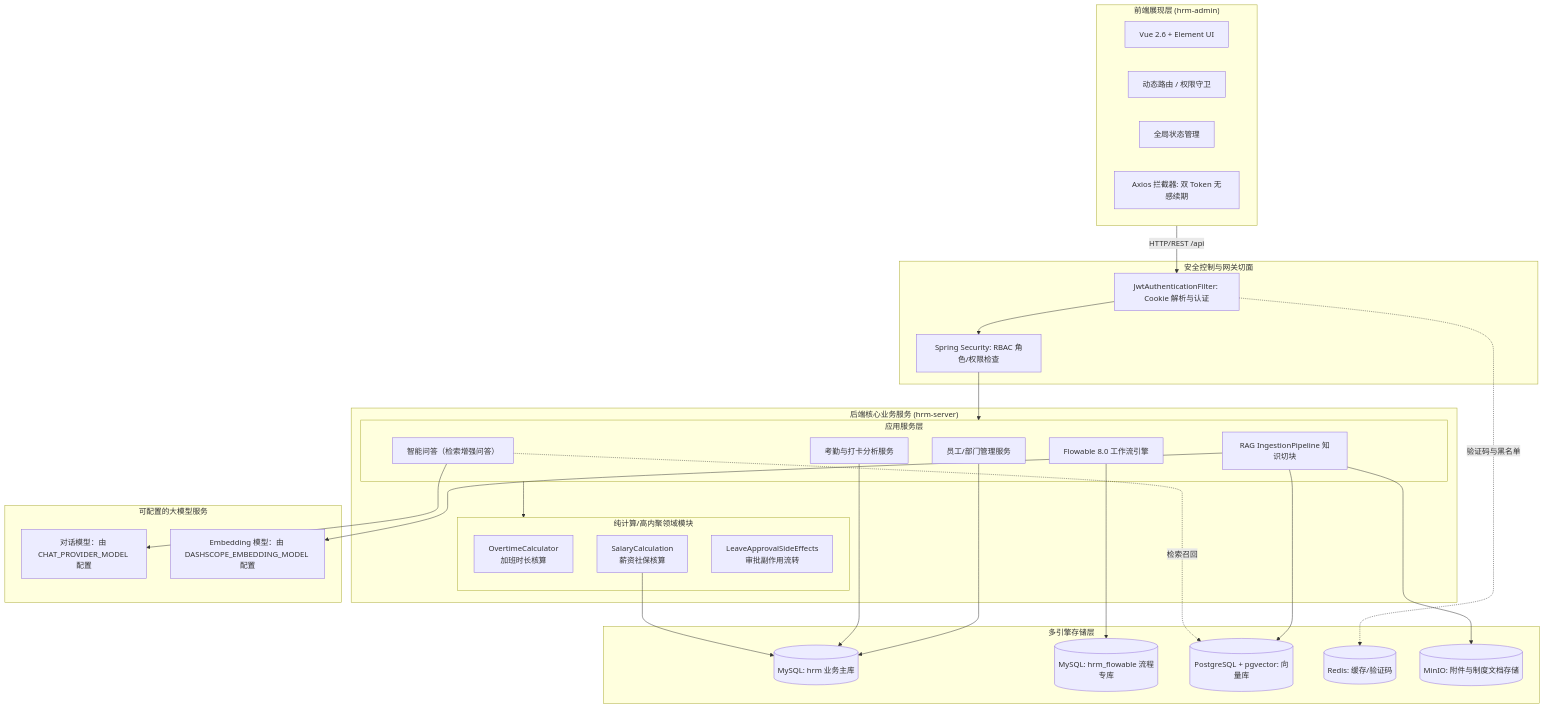
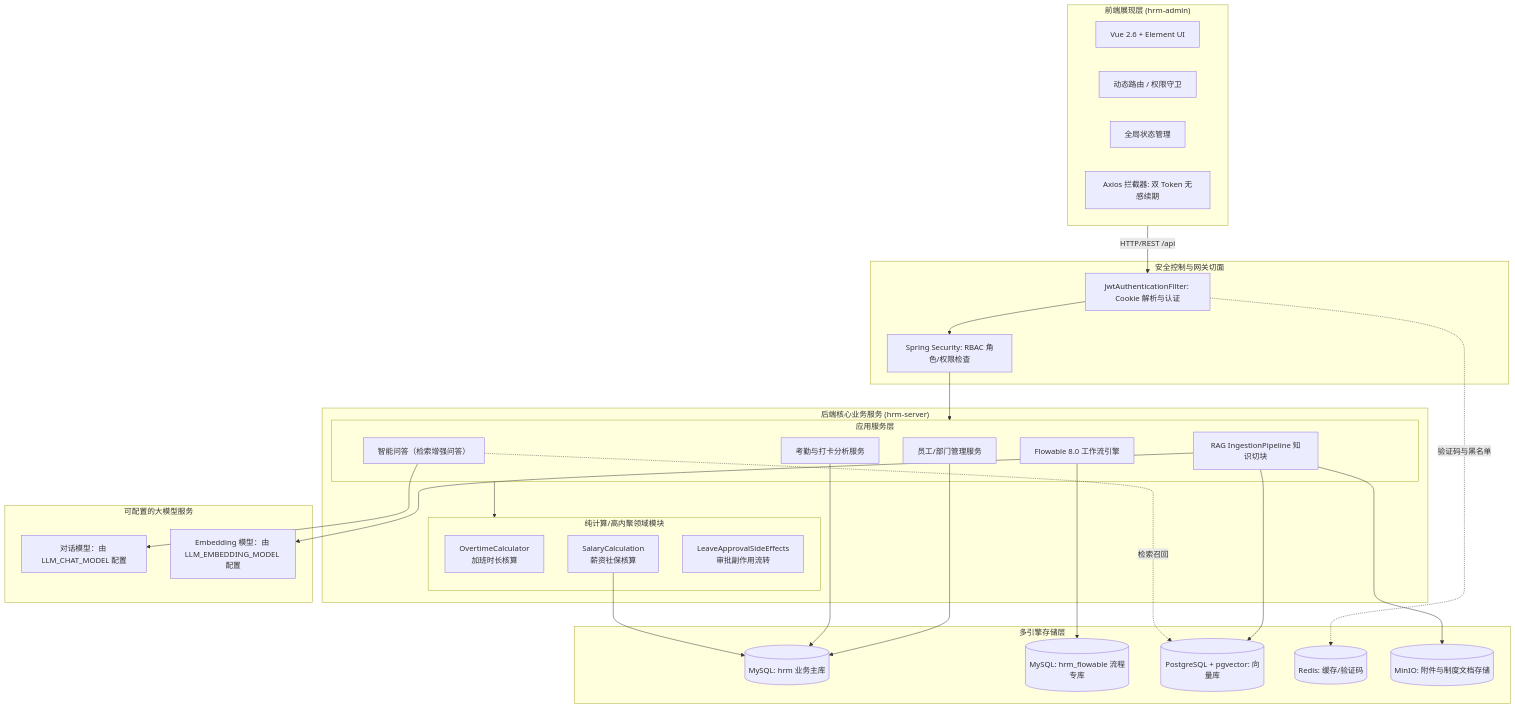
The second of 2 diagrams in data/readmes/quuuuj__hrm.md (zqf20096327/dbhub_collect), drawn with Mermaid before and after one commit. The commit also changed other lines of this file and 1757 other files, not shown here.

````diff
--- a/data/readmes/quuuuj__hrm.md
+++ b/data/readmes/quuuuj__hrm.md
@@ -141,62 +141,62 @@
 ```mermaid
 graph TB
     subgraph Client["前端展现层 (hrm-admin)"]
         UI[Vue 2.6 + Element UI]
         Router[动态路由 / 权限守卫]
         Vuex[全局状态管理]
         AxiosInter[Axios 拦截器: 双 Token 无感续期]
     end
 
     subgraph Security["安全控制与网关切面"]
         Filter[JwtAuthenticationFilter: Cookie 解析与认证]
         PermChecker[Spring Security: RBAC 角色/权限检查]
     end
 
     subgraph CoreBackend["后端核心业务服务 (hrm-server)"]
         subgraph Domains["纯计算/高内聚领域模块"]
             Overtime[OvertimeCalculator<br/>加班时长核算]
             Salary[SalaryCalculation<br/>薪资社保核算]
             LeaveSide[LeaveApprovalSideEffects<br/>审批副作用流转]
         end
 
         subgraph Modules["应用服务层"]
             StaffSvc[员工/部门管理服务]
             AttendanceSvc[考勤与打卡分析服务]
             FlowEngine[Flowable 8.0 工作流引擎]
             KnowledgeSvc[RAG IngestionPipeline 知识切块]
             AiAssistantSvc[智能问答（检索增强问答）]
         end
     end
 
     subgraph ExternalModel["可配置的大模型服务"]
-        LLM[对话模型：由 CHAT_PROVIDER_MODEL 配置]
-        Embed[Embedding 模型：由 DASHSCOPE_EMBEDDING_MODEL 配置]
+        LLM[对话模型：由 LLM_CHAT_MODEL 配置]
+        Embed[Embedding 模型：由 LLM_EMBEDDING_MODEL 配置]
     end
 
     subgraph Persistence["多引擎存储层"]
         DB_Master[(MySQL: hrm 业务主库)]
         DB_Flowable[(MySQL: hrm_flowable 流程专库)]
         DB_Vector[(PostgreSQL + pgvector: 向量库)]
         Cache_Redis[(Redis: 缓存/验证码)]
         Storage_MinIO[(MinIO: 附件与制度文档存储)]
     end
 
     Client -->|HTTP/REST /api| Filter
     Filter --> PermChecker
     PermChecker --> Modules
     Modules --> Domains
 
     StaffSvc --> DB_Master
     AttendanceSvc --> DB_Master
     Salary --> DB_Master
     FlowEngine --> DB_Flowable
     
     KnowledgeSvc --> Storage_MinIO
     KnowledgeSvc --> Embed
     KnowledgeSvc --> DB_Vector
 
     AiAssistantSvc --> LLM
     AiAssistantSvc -.检索召回.-> DB_Vector
 
     Filter -.验证码与黑名单.-> Cache_Redis
 ```
````
